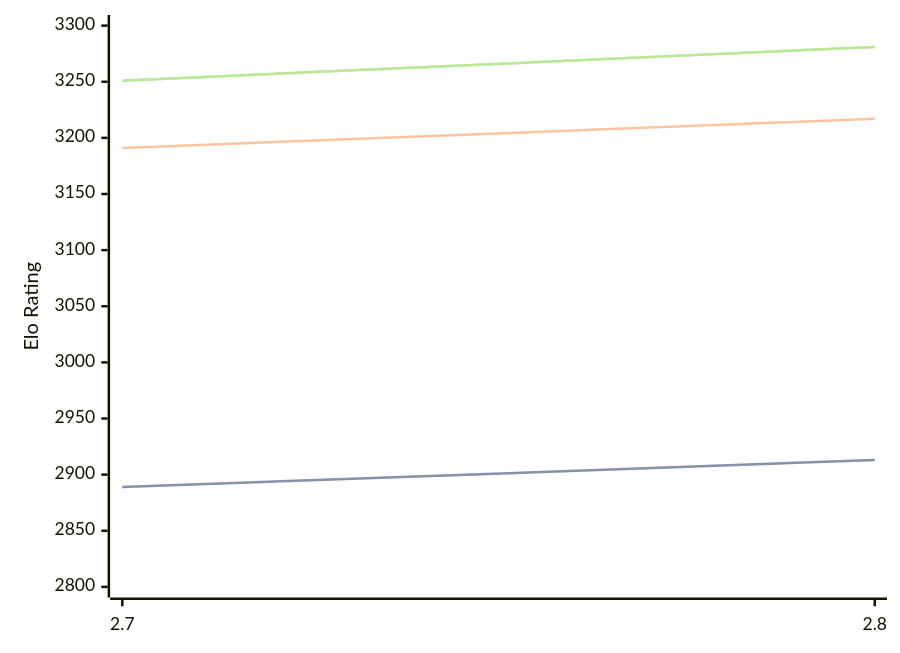
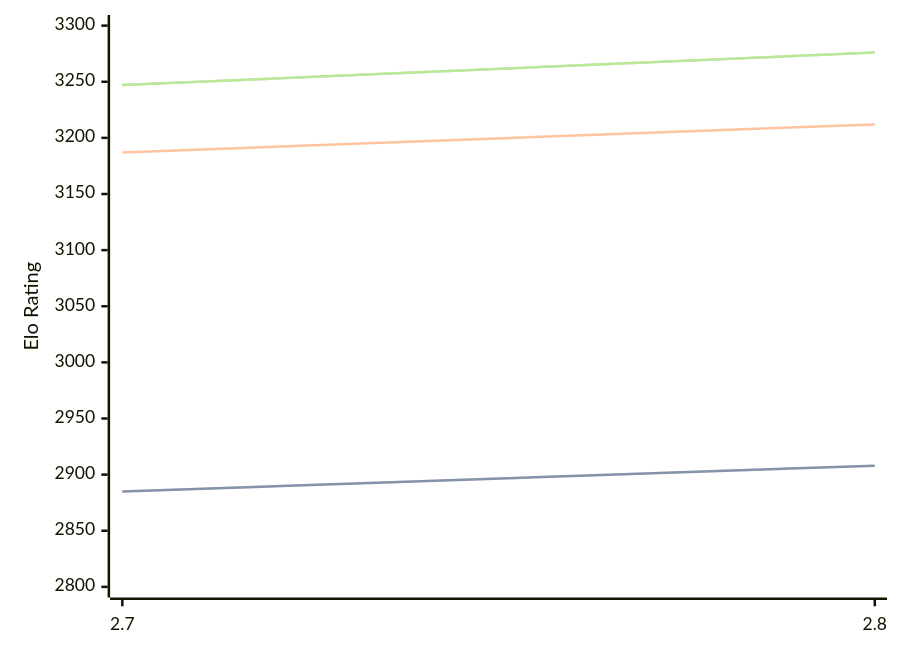
The third of 3 diagrams in engines/Arcanum.md (computer-chess-index/cci), drawn with Mermaid before and after one commit. The commit also changed other lines of this file, not shown here.

Commit message:
Update CCI Ratings (ELO VLTC) - 2026-07-16

````diff
--- a/engines/Arcanum.md
+++ b/engines/Arcanum.md
@@ -77,11 +77,11 @@
 ```mermaid
 %%{init: {"theme":"base","themeVariables":{"seriesColors:['#a3a3a3','#222221','#faa371']}}}%%
 xychart-beta
   x-axis ["2.7", "2.8"]
   y-axis "Elo Rating" 2800 --> 3300
-  line "STC (8.0+0.08s)" [2889, 2913]
-  line "STC (8.0+0.08s)" [2889, 2913]
-  line "LTC (60.0+0.60s)" [3191, 3217]
-  line "VLTC (2m24s+1.12s)" [3251, 3281]
-  line "VLTC (2m24s+1.12s)" [3251, 3281]
+  line "STC (8.0+0.08s)" [2885, 2908]
+  line "STC (8.0+0.08s)" [2885, 2908]
+  line "LTC (60.0+0.60s)" [3187, 3212]
+  line "VLTC (2m24s+1.12s)" [3247, 3276]
+  line "VLTC (2m24s+1.12s)" [3247, 3276]
 ```
````
